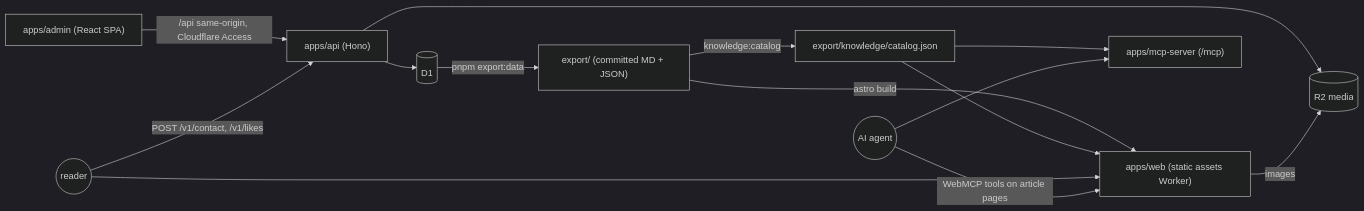
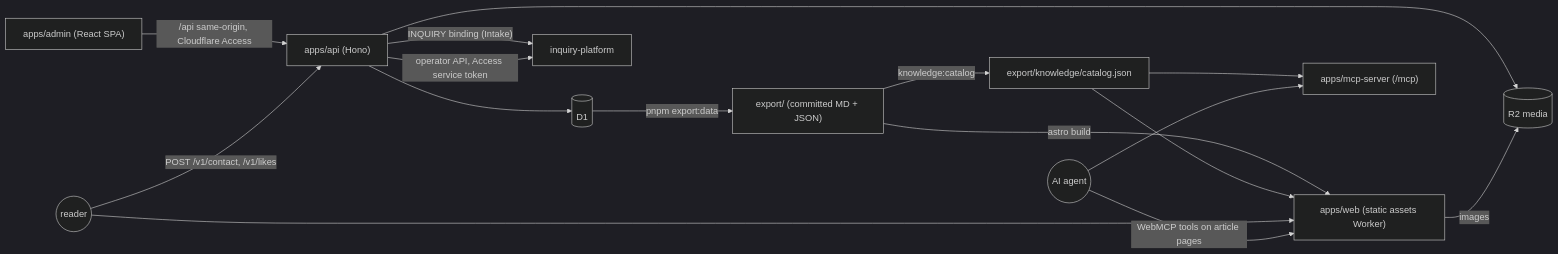
Before and after one commit to tomoki013/tomokichi-diary: the diagram in docs/ARCHITECTURE.md, drawn with Mermaid (dark theme). The commit also changed other lines of this file and 68 other files, not shown here.

````diff
--- a/docs/ARCHITECTURE.md
+++ b/docs/ARCHITECTURE.md
@@ -14,16 +14,18 @@
 ```mermaid
 flowchart LR
   Admin["apps/admin (React SPA)"] -- "/api same-origin, Cloudflare Access" --> API["apps/api (Hono)"]
   API --> D1[(D1)]
   API --> R2[(R2 media)]
   D1 -- "pnpm export:data" --> Export["export/ (committed MD + JSON)"]
   Export -- "astro build" --> Web["apps/web (static assets Worker)"]
   Export -- "knowledge:catalog" --> Catalog["export/knowledge/catalog.json"]
   Catalog --> Web
   Catalog --> MCP["apps/mcp-server (/mcp)"]
   Reader((reader)) --> Web
   Reader -- "POST /v1/contact, /v1/likes" --> API
+  API -- "INQUIRY binding (Intake)" --> Inquiry["inquiry-platform"]
+  API -- "operator API, Access service token" --> Inquiry
   Agent((AI agent)) --> MCP
   Agent -- "WebMCP tools on article pages" --> Web
   Web -- "images" --> R2
 ```
````
